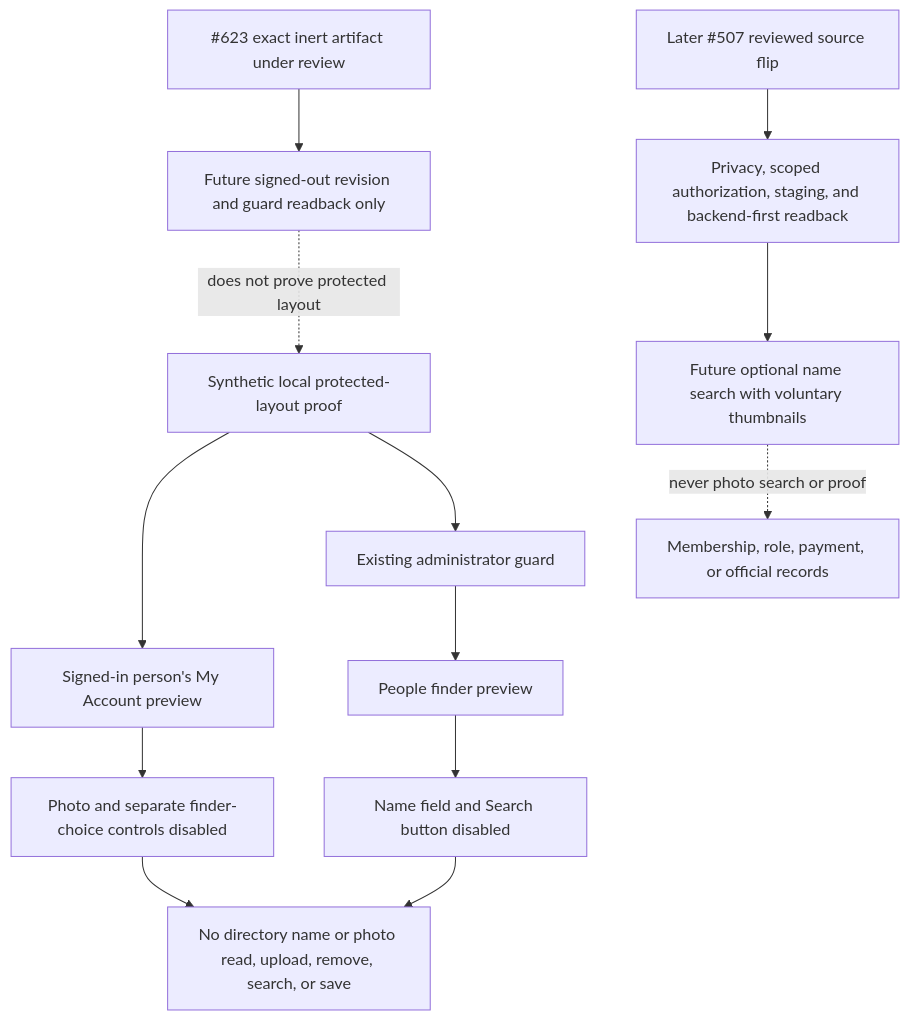
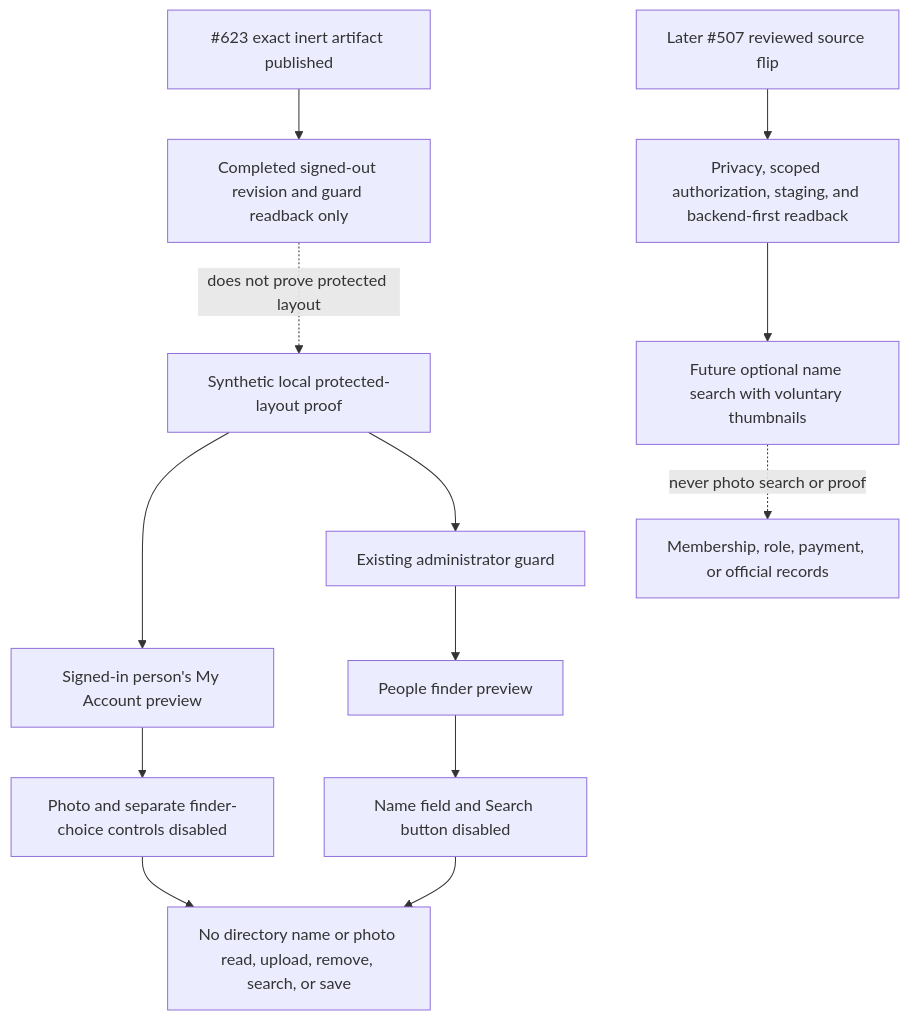
One commit to Run-MPRC/Run-MPRC.github.io changed diagram 37 of 52 in docs/officers/EVENTS_SHOP_MEMBERS.md. Above: the diagram before and after it, drawn with Mermaid. The commit also changed other lines of this file and 12 other files, not shown here.

````diff
--- a/docs/officers/EVENTS_SHOP_MEMBERS.md
+++ b/docs/officers/EVENTS_SHOP_MEMBERS.md
@@ -2425,15 +2425,15 @@
 ```mermaid
 flowchart TD
     Synthetic["Synthetic local protected-layout proof"] --> Person["Signed-in person's My Account preview"]
     Synthetic --> Guard["Existing administrator guard"]
     Person --> Account["Photo and separate finder-choice controls disabled"]
     Guard --> Officer["People finder preview"]
     Officer --> Search["Name field and Search button disabled"]
     Account --> None["No directory name or photo read, upload, remove, search, or save"]
     Search --> None
-    Release["#623 exact inert artifact under review"] --> Public["Future signed-out revision and guard readback only"]
+    Release["#623 exact inert artifact published"] --> Public["Completed signed-out revision and guard readback only"]
     Public -. "does not prove protected layout" .-> Synthetic
     Later["Later #507 reviewed source flip"] --> Gates["Privacy, scoped authorization, staging, and backend-first readback"]
     Gates --> Connected["Future optional name search with voluntary thumbnails"]
     Connected -. "never photo search or proof" .-> Official["Membership, role, payment, or official records"]
 ```
````
